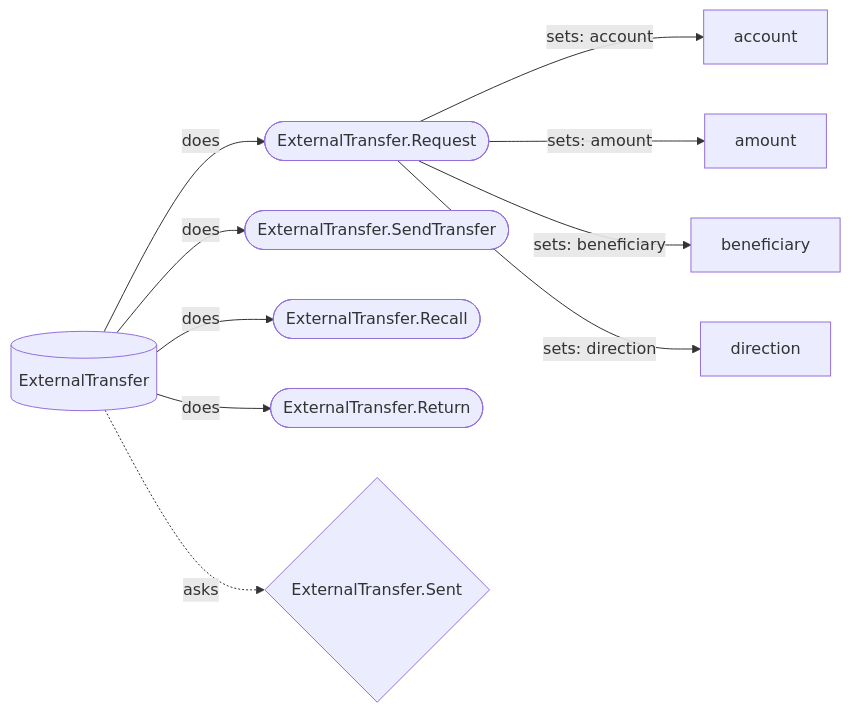
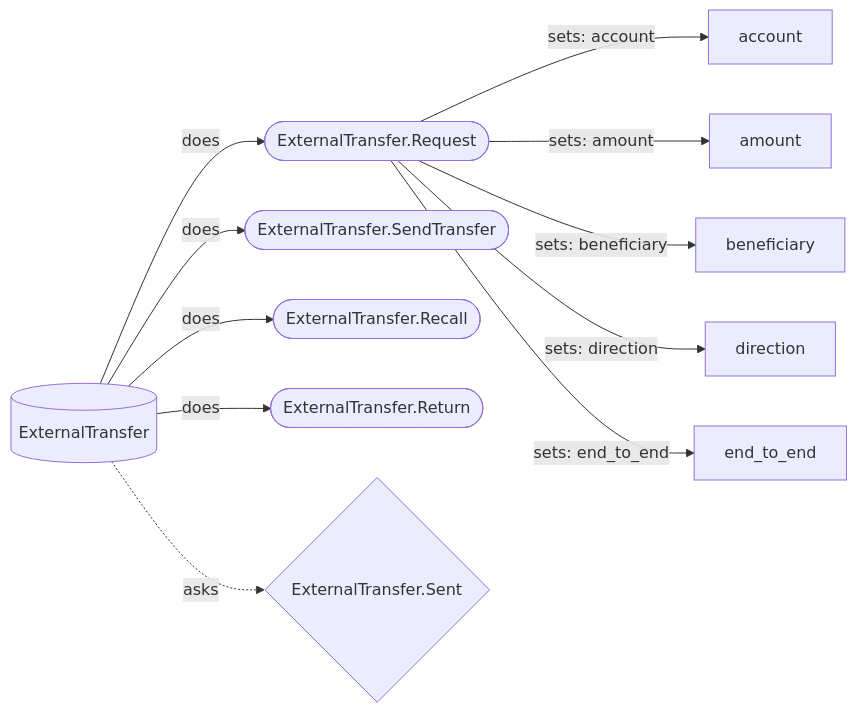
The diagram in docs/generated/diagrams/banking/ExternalTransfer_surface.mmd (chrisyoung/hecks), drawn with Mermaid before and after one commit. The commit also changed 6 other files, not shown here.

```diff
--- a/docs/generated/diagrams/banking/ExternalTransfer_surface.mmd
+++ b/docs/generated/diagrams/banking/ExternalTransfer_surface.mmd
@@ -1,12 +1,13 @@
 %% GENERATED by bin/project_diagrams from ExternalTransfer's own declared commands (and what each writes) and queries — DO NOT EDIT BY HAND.
 %% Re-run `bin/project_diagrams <domain-path> Banking` after any change.
 flowchart LR
     ExternalTransfer[(ExternalTransfer)] -->|does| cmd_ExternalTransfer_Request(["ExternalTransfer.Request"])
     ExternalTransfer[(ExternalTransfer)] -->|does| cmd_ExternalTransfer_SendTransfer(["ExternalTransfer.SendTransfer"])
     ExternalTransfer[(ExternalTransfer)] -->|does| cmd_ExternalTransfer_Recall(["ExternalTransfer.Recall"])
     ExternalTransfer[(ExternalTransfer)] -->|does| cmd_ExternalTransfer_Return(["ExternalTransfer.Return"])
     cmd_ExternalTransfer_Request(["ExternalTransfer.Request"]) -->|"sets: account"| attr_ExternalTransfer_account[account]
     cmd_ExternalTransfer_Request(["ExternalTransfer.Request"]) -->|"sets: amount"| attr_ExternalTransfer_amount[amount]
     cmd_ExternalTransfer_Request(["ExternalTransfer.Request"]) -->|"sets: beneficiary"| attr_ExternalTransfer_beneficiary[beneficiary]
     cmd_ExternalTransfer_Request(["ExternalTransfer.Request"]) -->|"sets: direction"| attr_ExternalTransfer_direction[direction]
+    cmd_ExternalTransfer_Request(["ExternalTransfer.Request"]) -->|"sets: end_to_end"| attr_ExternalTransfer_end_to_end[end_to_end]
     ExternalTransfer[(ExternalTransfer)] -.->|asks| qry_ExternalTransfer_Sent{"ExternalTransfer.Sent"}
```
